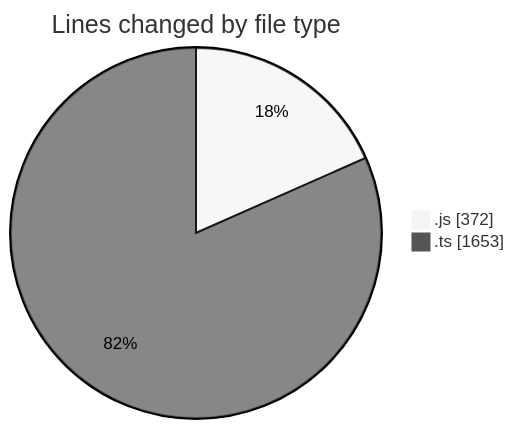
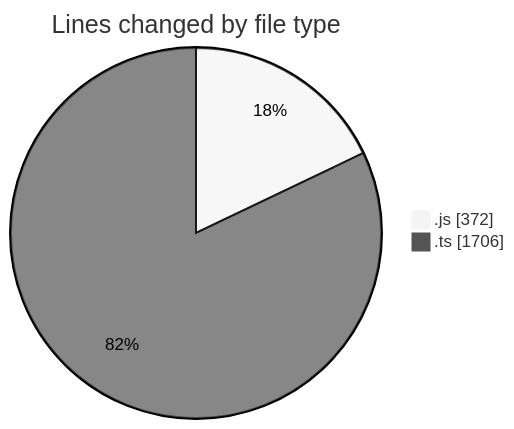
The first of 2 diagrams in 2025-05-29/cda/README.md (momahboobian/code-tracking), drawn with Mermaid (neutral theme) before and after one commit. The commit also changed other lines of this file and 1 other file, not shown here.

````diff
--- a/2025-05-29/cda/README.md
+++ b/2025-05-29/cda/README.md
@@ -22,6 +22,6 @@
 ```mermaid
 pie showData
 title Lines changed by file type
 ".js" : 372
-".ts" : 1653
+".ts" : 1706
 ```
````
